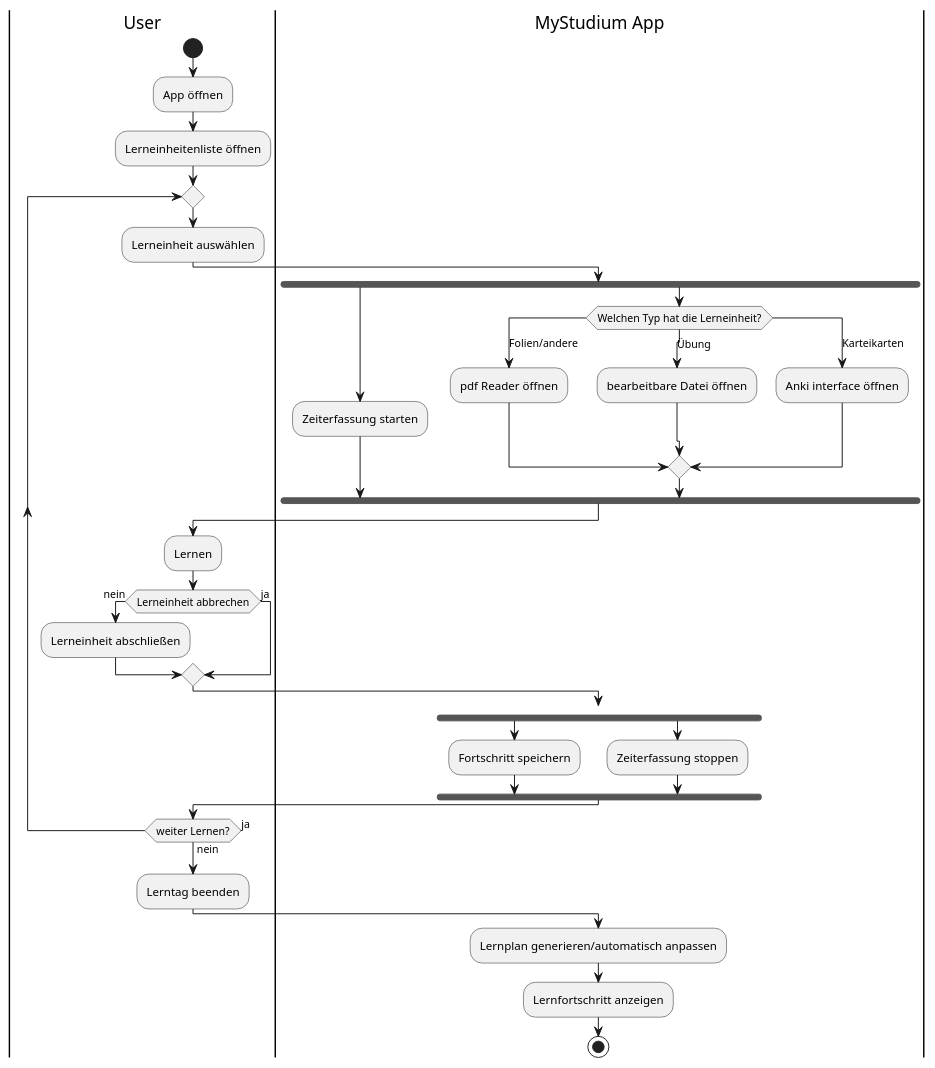
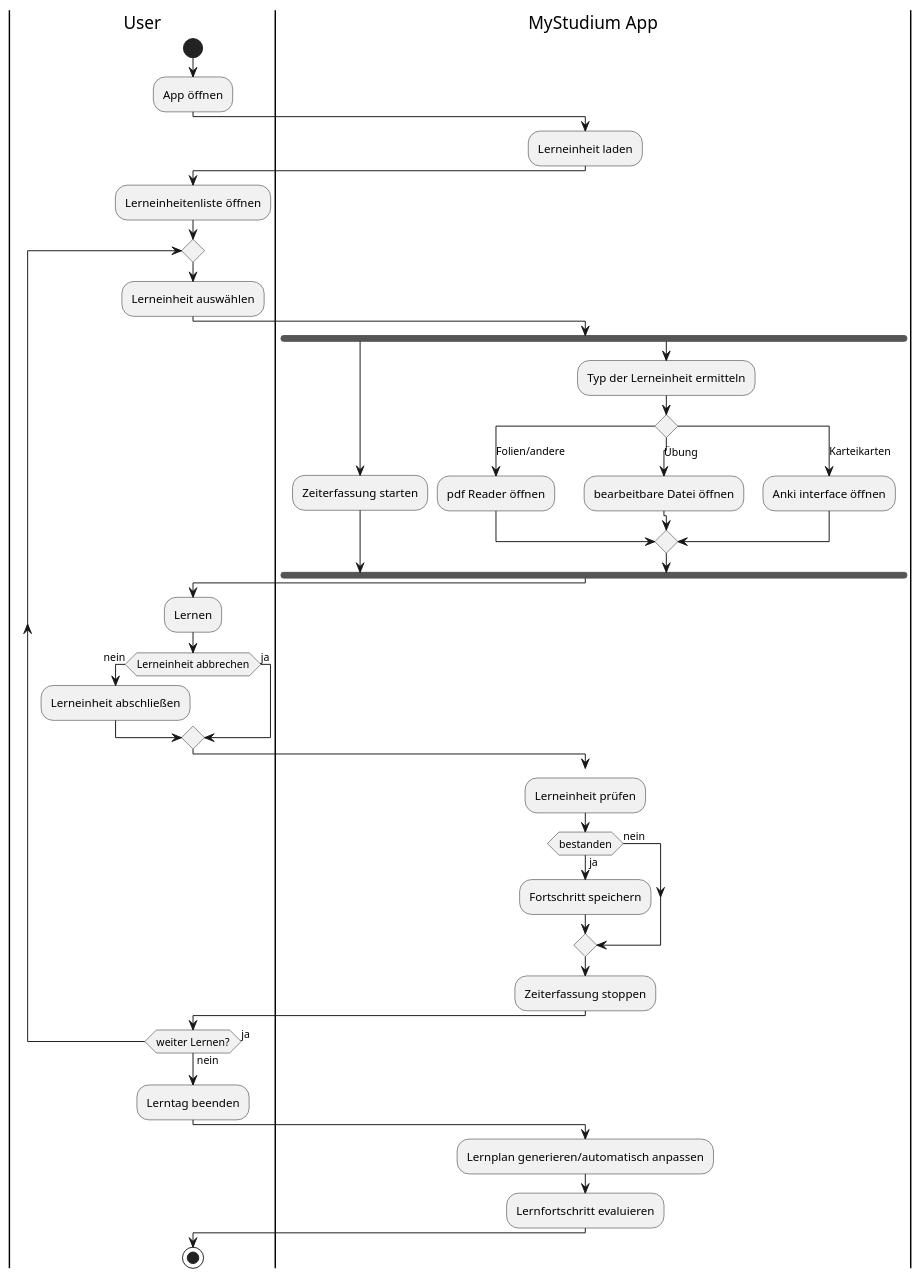
The diagram in Lerneinheit_absolvieren_uml.puml (BjoernMalzacher/MyStudium_SWE_Labor), drawn with PlantUML before and after one commit. The commit also changed 8 other files, not shown here.

```diff
--- a/Lerneinheit_absolvieren_uml.puml
+++ b/Lerneinheit_absolvieren_uml.puml
@@ -1,54 +1,65 @@
 @startuml Lerneinheit absolvieren
 
 ' Only greyscale
 skinparam monochrome true
 ' Disable shadows
 skinparam shadowing false
 
 |User|
 start
 :App öffnen;
+|MyStudium App|
+
+:Lerneinheit laden;
+|User|
 :Lerneinheitenliste öffnen;
 repeat
 :Lerneinheit auswählen;
 |MyStudium App|
 fork
 :Zeiterfassung starten;
 fork again
-switch (Welchen Typ hat die Lerneinheit?)
+:Typ der Lerneinheit ermitteln;
+switch ()
 case (Folien/andere)
     :pdf Reader öffnen;
 case (Übung)
     :bearbeitbare Datei öffnen;
 case (Karteikarten)
     :Anki interface öffnen;
 endswitch
 end fork
 |User|
-:Lernen;
+/'include usecase lernen'/
+:Lernen; 
 if(Lerneinheit abbrechen) then(nein)
 :Lerneinheit abschließen;
 else (ja)
 label abbruch
 endif
-
+/'als usecase hinzufügen Wenn durchgefallen kein fortschritt'/
 |MyStudium App|
 goto abbruch
-fork
+:Lerneinheit prüfen;
+if(bestanden) then(ja)
+
 :Fortschritt speichern;
-fork again
+else(nein)
+endif
+
+
 :Zeiterfassung stoppen;
-end fork
+
 |User|
 repeat while (weiter Lernen?) is (ja) not (nein)
 |User|
 :Lerntag beenden;
 |MyStudium App|
 :Lernplan generieren/automatisch anpassen;
-:Lernfortschritt anzeigen;
-
+:Lernfortschritt evaluieren;
+|User|
 stop
 
 
 
 @enduml
```
